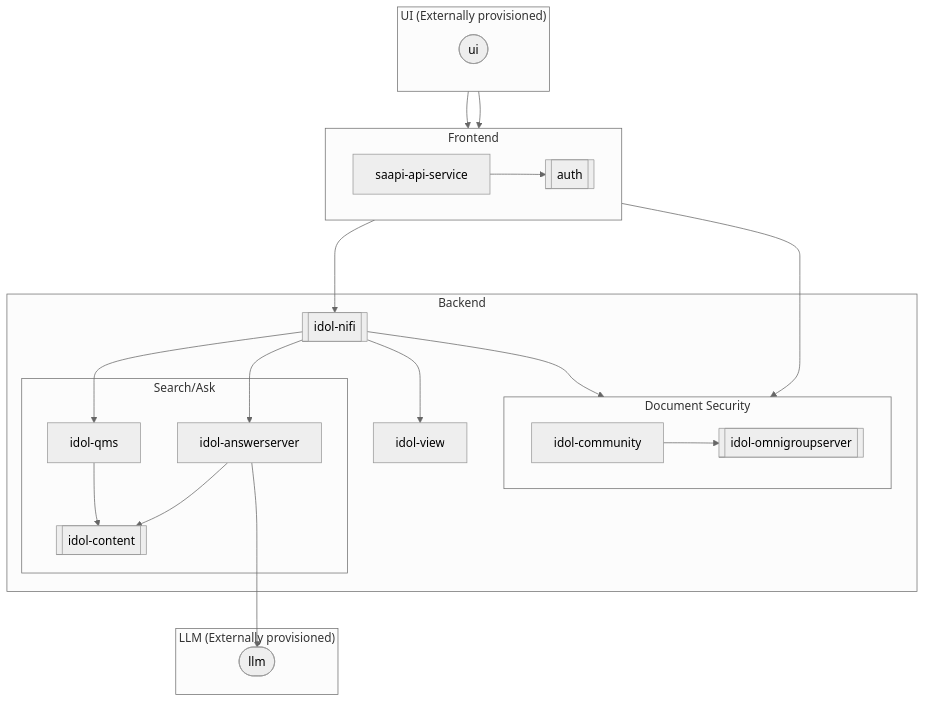
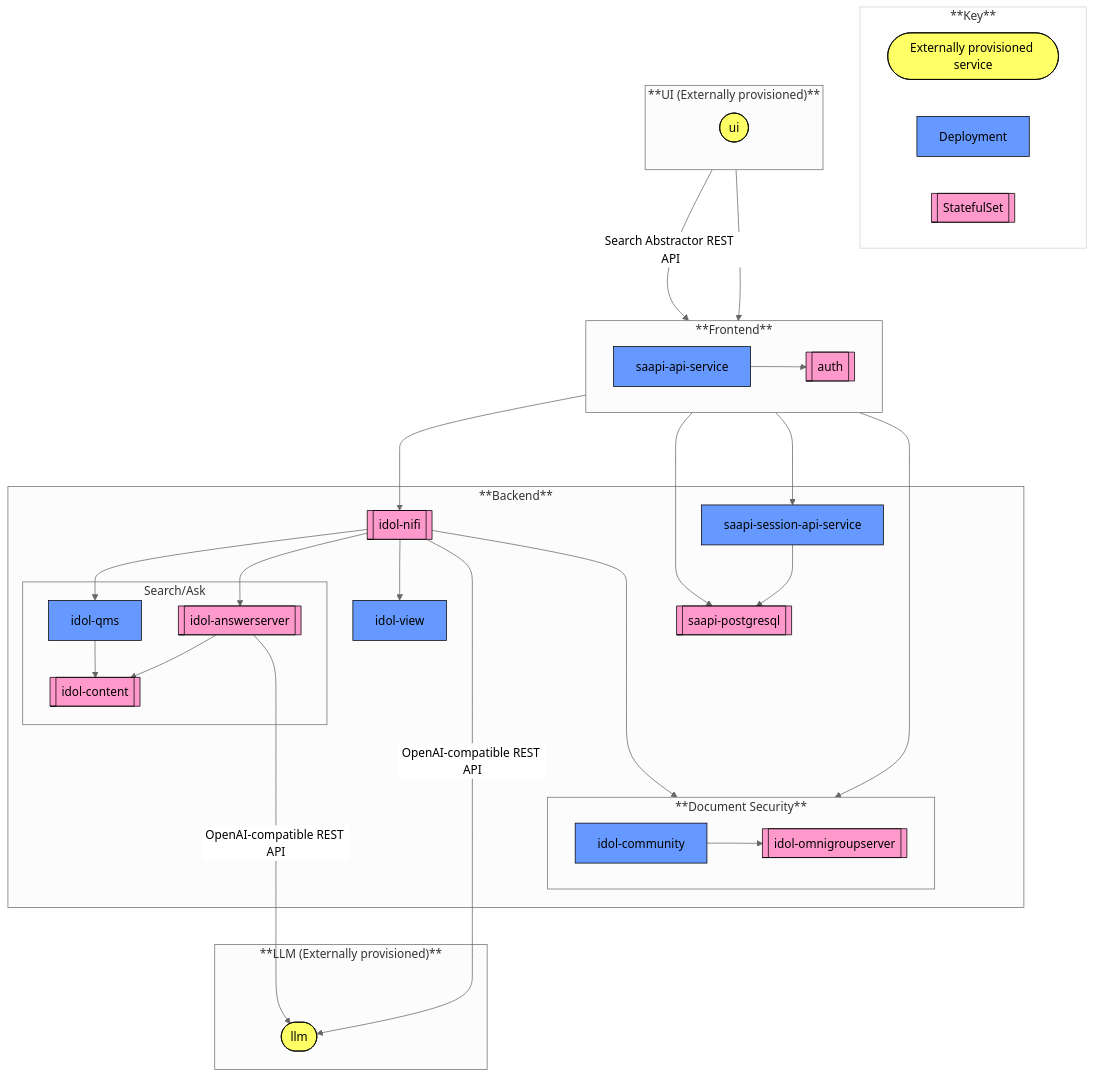
Before and after one commit to opentext-idol/search-abstractor: the diagram in helm/search-abstractor-stack/README.md, drawn with Mermaid (neutral theme). The commit also changed other lines of this file and 35 other files, not shown here.

First line of the commit message:
Search Abstractor 24.4 release (#4)

````diff
--- a/helm/search-abstractor-stack/README.md
+++ b/helm/search-abstractor-stack/README.md
@@ -58,44 +78,65 @@
 ```mermaid
 flowchart TB
   direction TB
-  subgraph "UI (Externally provisioned)"
+  subgraph Key[**Key**]
+    ext(["Externally provisioned service"]):::c_ext
+    dep[Deployment]:::c_dep
+    ss[[StatefulSet]]:::c_set
+  end
+  subgraph "**UI (Externally provisioned)**"
     direction TB
-    ui(["  ui  "])
+    ui(["  ui  "]):::c_ext
   end
-  subgraph Frontend
+  subgraph **Frontend**
     direction LR
-    api[saapi-api-service]
-    auth[[auth]]
+    api[saapi-api-service]:::c_dep
+    auth[[auth]]:::c_set
   end
-  subgraph Backend
-    idol-nifi[[idol-nifi]]
-    idol-view
-    subgraph Document Security
+  subgraph **Backend**
+    idol-nifi[[idol-nifi]]:::c_set
+    saapi-session-api-service:::c_dep
+    saapi-postgresql[[saapi-postgresql]]:::c_set
+    idol-view:::c_dep
+    subgraph Search/Ask
+      idol-answerserver[[idol-answerserver]]:::c_set
+      idol-qms:::c_dep
+      idol-content[[idol-content]]:::c_set
+    end
+    subgraph **Document Security**
       direction LR
-      idol-community
-      idol-omnigroupserver[[idol-omnigroupserver]]
-    end
-    subgraph Search/Ask
-      idol-answerserver
-      idol-qms
-      idol-content[[idol-content]]
+      idol-community:::c_dep
+      idol-omnigroupserver[[idol-omnigroupserver]]:::c_set
     end
   end
-  subgraph "LLM (Externally provisioned)"
-    llm([llm])
+  subgraph "**LLM (Externally provisioned)**"
+    space[ ]
+    llm([llm]):::c_ext
   end
 
-ui --> api
+ui -->|Search Abstractor REST API|api
 ui --> auth
 api --> auth
 api ---> idol-nifi
-api --> idol-community
+api ----> idol-community
 idol-community --> idol-omnigroupserver
-idol-nifi --> idol-omnigroupserver
+idol-nifi ----> idol-omnigroupserver
 idol-nifi --> idol-qms
 idol-nifi --> idol-answerserver
 idol-nifi --> idol-view
+idol-nifi -->|OpenAI-compatible REST API| llm
 idol-qms --> idol-content
 idol-answerserver --> idol-content
-idol-answerserver ---> llm
+idol-answerserver ----->|OpenAI-compatible REST API| llm
+api --> saapi-postgresql
+api --> saapi-session-api-service
+saapi-session-api-service --> saapi-postgresql
+space ~~~ llm
+
+style space fill:#FFFFFF00, stroke:#FFFFFF00,height:1x,width:1px;
+style Key opacity:0.3;
+
+classDef c_ext stroke:#000000,fill:#ffff66,color:#000000;
+classDef c_dep stroke:#000000,fill:#6699ff,color:#000000;
+classDef c_set stroke:#000000,fill:#ff99cc,color:#000000;
+
 ```
````
